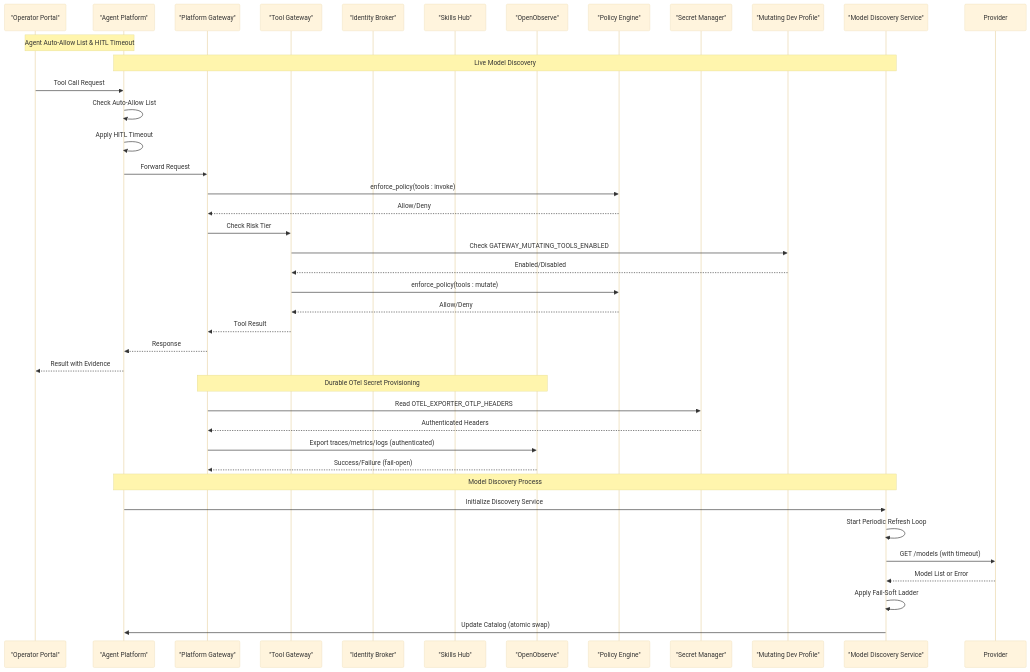
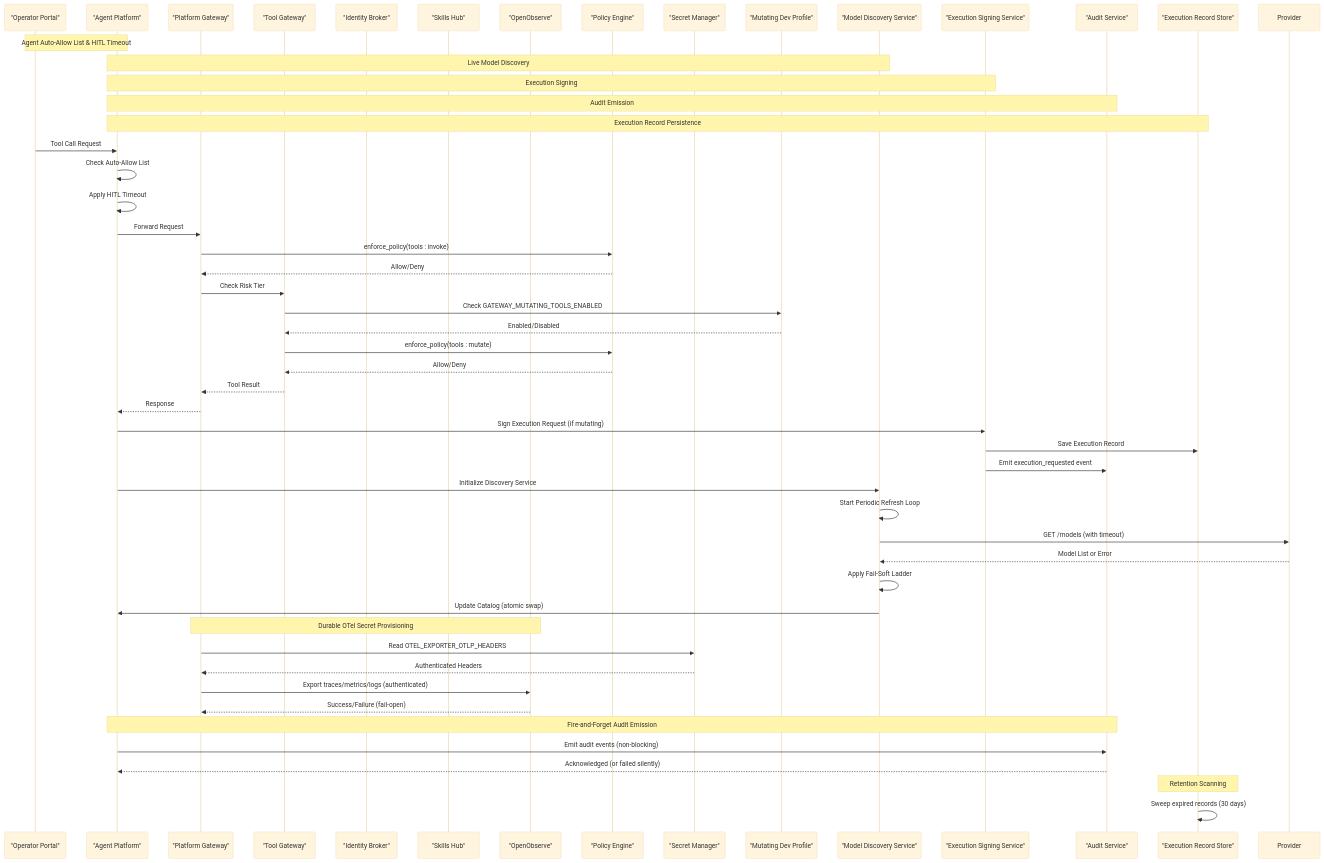
One commit to metasync/luban-aiops changed the second of 17 diagrams in .qoder/repowiki/en/content/Tool Gateway Service/Configuration and Environment Setup.md. Above: the diagram before and after it, drawn with Mermaid (base theme). The commit also changed other lines of this file and 27 other files, not shown here.

````diff
--- a/.qoder/repowiki/en/content/Tool Gateway Service/Configuration and Environment Setup.md
+++ b/.qoder/repowiki/en/content/Tool Gateway Service/Configuration and Environment Setup.md
@@ -269,42 +313,54 @@
 ```mermaid
 sequenceDiagram
 participant Portal as "Operator Portal"
 participant Agent as "Agent Platform"
 participant Gateway as "Platform Gateway"
 participant ToolGW as "Tool Gateway"
 participant Identity as "Identity Broker"
 participant Skills as "Skills Hub"
 participant OTel as "OpenObserve"
 participant Policy as "Policy Engine"
 participant Secrets as "Secret Manager"
 participant MutDev as "Mutating Dev Profile"
 participant ModelDisc as "Model Discovery Service"
+participant ExecSign as "Execution Signing Service"
+participant Audit as "Audit Service"
+participant ExecStore as "Execution Record Store"
 Note over Portal,Agent : Agent Auto-Allow List & HITL Timeout
 Note over Agent,ModelDisc : Live Model Discovery
+Note over Agent,ExecSign : Execution Signing
+Note over Agent,Audit : Audit Emission
+Note over Agent,ExecStore : Execution Record Persistence
 Portal->>Agent : Tool Call Request
 Agent->>Agent : Check Auto-Allow List
 Agent->>Agent : Apply HITL Timeout
 Agent->>Gateway : Forward Request
 Gateway->>Policy : enforce_policy(tools : invoke)
 Policy-->>Gateway : Allow/Deny
 Gateway->>ToolGW : Check Risk Tier
 ToolGW->>MutDev : Check GATEWAY_MUTATING_TOOLS_ENABLED
 MutDev-->>ToolGW : Enabled/Disabled
 ToolGW->>Policy : enforce_policy(tools : mutate)
 Policy-->>ToolGW : Allow/Deny
 ToolGW-->>Gateway : Tool Result
 Gateway-->>Agent : Response
-Agent-->>Portal : Result with Evidence
-Note over Gateway,OTel : Durable OTel Secret Provisioning
-Gateway->>Secrets : Read OTEL_EXPORTER_OTLP_HEADERS
-Secrets-->>Gateway : Authenticated Headers
-Gateway->>OTel : Export traces/metrics/logs (authenticated)
-OTel-->>Gateway : Success/Failure (fail-open)
-Note over Agent,ModelDisc : Model Discovery Process
+Agent->>ExecSign : Sign Execution Request (if mutating)
+ExecSign->>ExecStore : Save Execution Record
+ExecSign->>Audit : Emit execution_requested event
 Agent->>ModelDisc : Initialize Discovery Service
 ModelDisc->>ModelDisc : Start Periodic Refresh Loop
 ModelDisc->>Provider : GET /models (with timeout)
 Provider-->>ModelDisc : Model List or Error
 ModelDisc->>ModelDisc : Apply Fail-Soft Ladder
 ModelDisc->>Agent : Update Catalog (atomic swap)
+Note over Gateway,OTel : Durable OTel Secret Provisioning
+Gateway->>Secrets : Read OTEL_EXPORTER_OTLP_HEADERS
+Secrets-->>Gateway : Authenticated Headers
+Gateway->>OTel : Export traces/metrics/logs (authenticated)
+OTel-->>Gateway : Success/Failure (fail-open)
+Note over Agent,Audit : Fire-and-Forget Audit Emission
+Agent->>Audit : Emit audit events (non-blocking)
+Audit-->>Agent : Acknowledged (or failed silently)
+Note over ExecStore : Retention Scanning
+ExecStore->>ExecStore : Sweep expired records (30 days)
 ```
````
